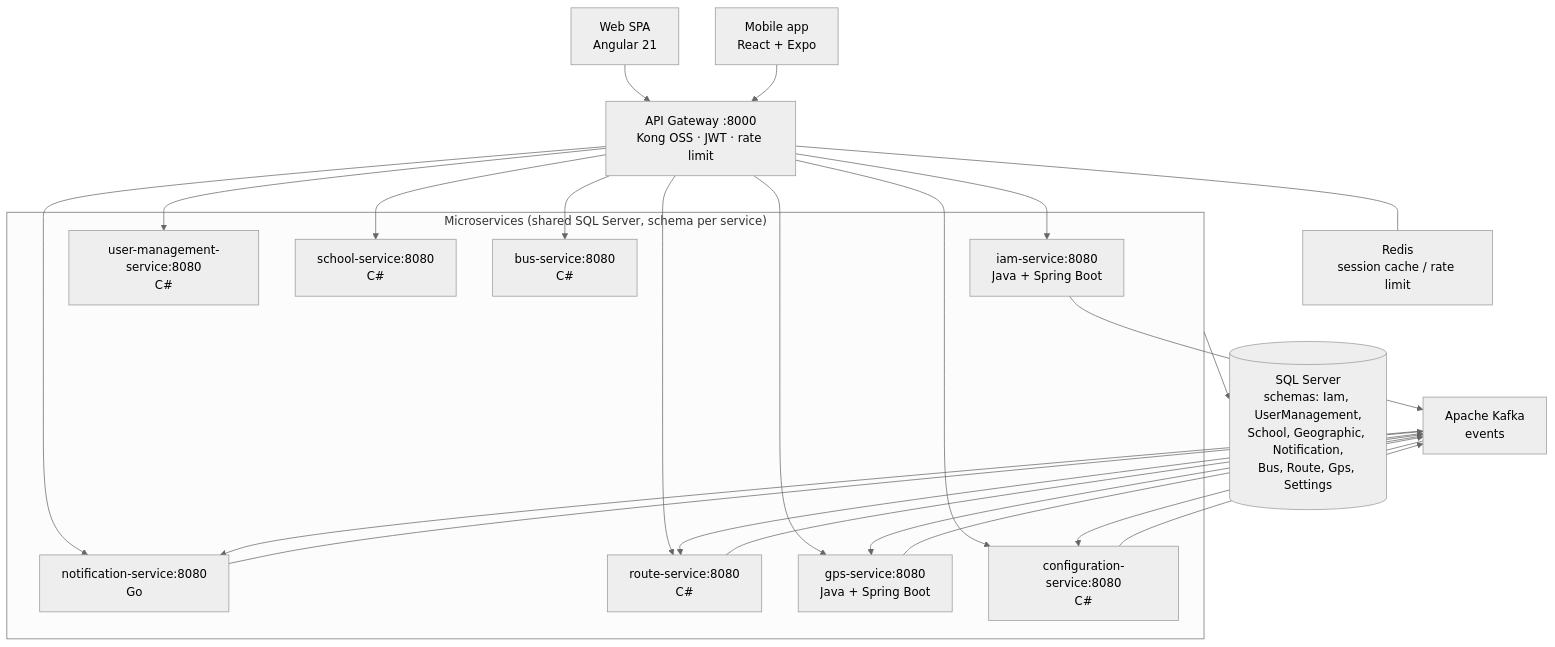
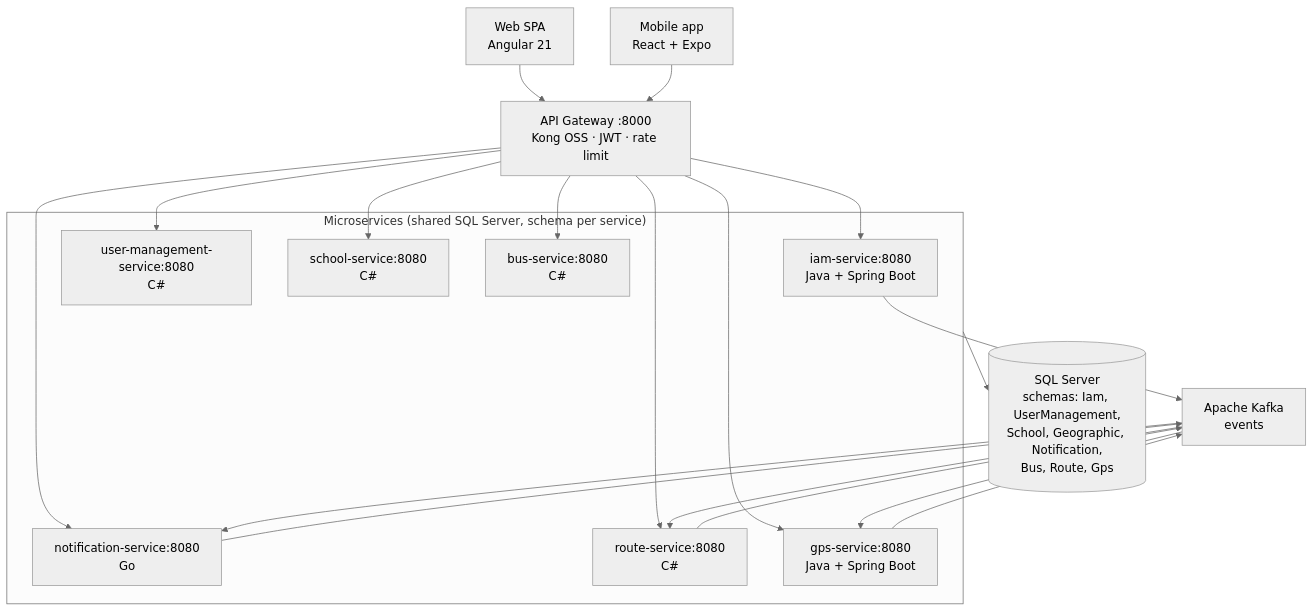
Before and after one commit to code-sena/sg-docs: the second of 2 diagrams in 05-architecture/overview.md, drawn with Mermaid (neutral theme). The commit also changed other lines of this file and 53 other files, not shown here.

First line of the commit message:
docs(architecture): drop the configuration, audit and exceptional services and Redis

````diff
--- a/05-architecture/overview.md
+++ b/05-architecture/overview.md
@@ -72,29 +72,26 @@
 ```mermaid
 flowchart TB
   web["Web SPA<br/>Angular 21"]
   mob["Mobile app<br/>React + Expo"]
   gw["API Gateway :8000<br/>Kong OSS · JWT · rate limit"]
 
   subgraph services["Microservices (shared SQL Server, schema per service)"]
     iam["iam-service:8080<br/>Java + Spring Boot"]
     um["user-management-service:8080<br/>C#"]
     sch["school-service:8080<br/>C#"]
     notif["notification-service:8080<br/>Go"]
     bus["bus-service:8080<br/>C#"]
     rt["route-service:8080<br/>C#"]
     gps["gps-service:8080<br/>Java + Spring Boot"]
-    cfg["configuration-service:8080<br/>C#"]
   end
 
   kafka["Apache Kafka<br/>events"]
-  redis["Redis<br/>session cache / rate limit"]
-  db[("SQL Server<br/>schemas: Iam, UserManagement,<br/>School, Geographic, Notification,<br/>Bus, Route, Gps, Settings")]
+  db[("SQL Server<br/>schemas: Iam, UserManagement,<br/>School, Geographic, Notification,<br/>Bus, Route, Gps")]
 
   web --> gw
   mob --> gw
-  gw --> iam & um & sch & notif & bus & rt & gps & cfg
-  gw --- redis
-  iam & notif & rt & gps & cfg --> kafka
-  kafka --> notif & cfg & rt & gps
+  gw --> iam & um & sch & notif & bus & rt & gps
+  iam & notif & rt & gps --> kafka
+  kafka --> notif & rt & gps
   services --> db
 ```
````
